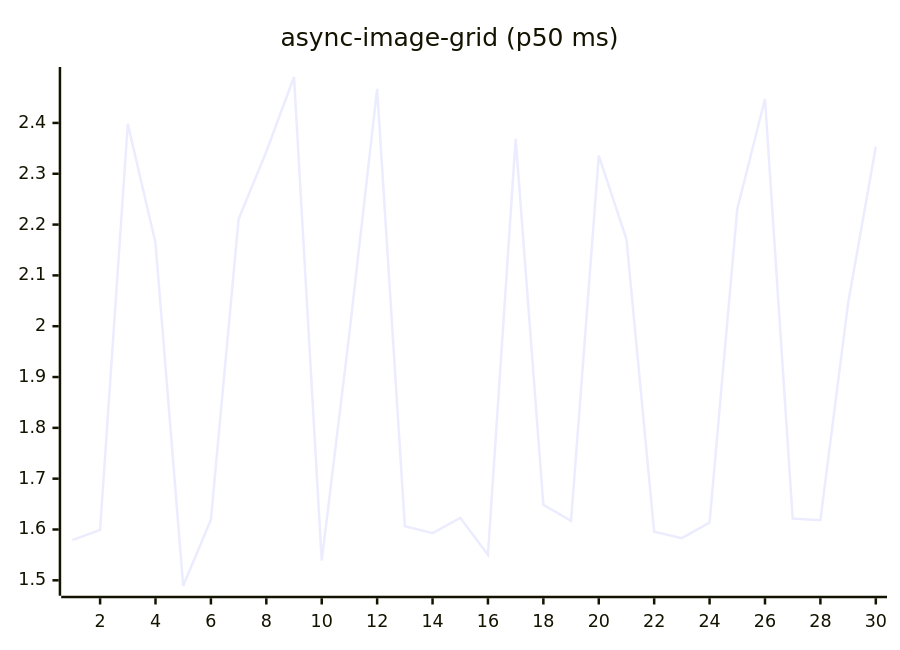
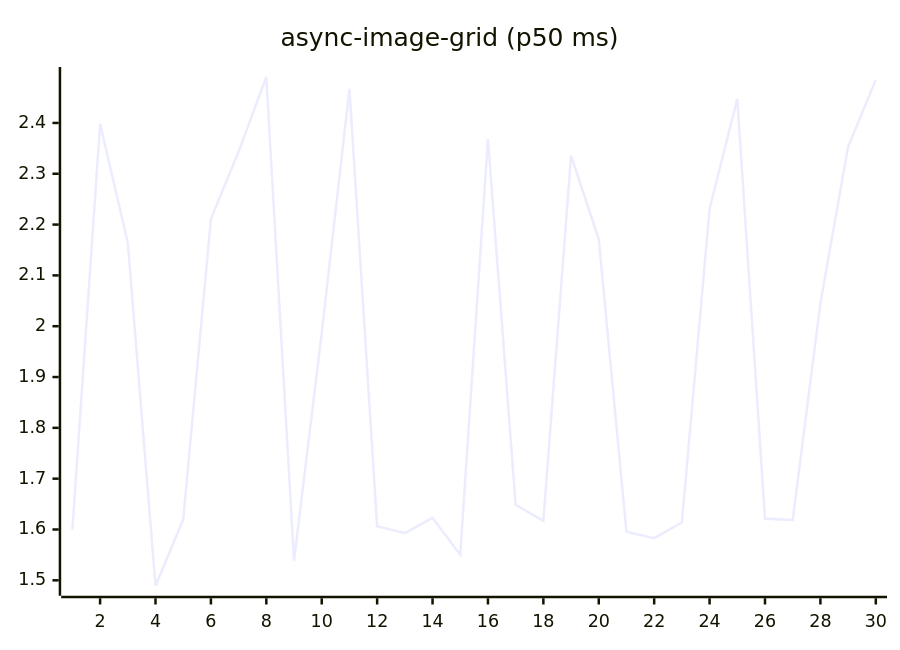
Before and after one commit to josha/Facet: the fifth of 27 diagrams in README.md, drawn with Mermaid. The commit also changed other lines of this file and 2 other files, not shown here.

````diff
--- a/README.md
+++ b/README.md
@@ -91,6 +91,6 @@
 ```mermaid
 xychart-beta
     title "async-image-grid (p50 ms)"
     x-axis 1 --> 30
-    line [1.5790, 1.5994, 2.3982, 2.1641, 1.4893, 1.6193, 2.2110, 2.3435, 2.4904, 1.5386, 1.9864, 2.4670, 1.6066, 1.5928, 1.6229, 1.5501, 2.3685, 1.6487, 1.6169, 2.3355, 2.1710, 1.5954, 1.5829, 1.6137, 2.2308, 2.4470, 1.6216, 1.6184, 2.0452, 2.3531]
+    line [1.5994, 2.3982, 2.1641, 1.4893, 1.6193, 2.2110, 2.3435, 2.4904, 1.5386, 1.9864, 2.4670, 1.6066, 1.5928, 1.6229, 1.5501, 2.3685, 1.6487, 1.6169, 2.3355, 2.1710, 1.5954, 1.5829, 1.6137, 2.2308, 2.4470, 1.6216, 1.6184, 2.0452, 2.3531, 2.4847]
 ```
````
